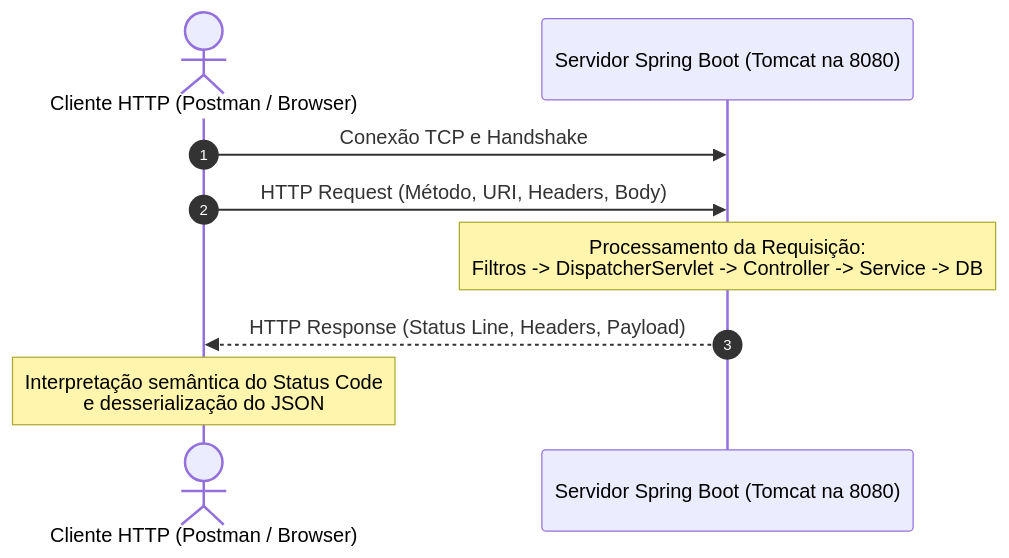
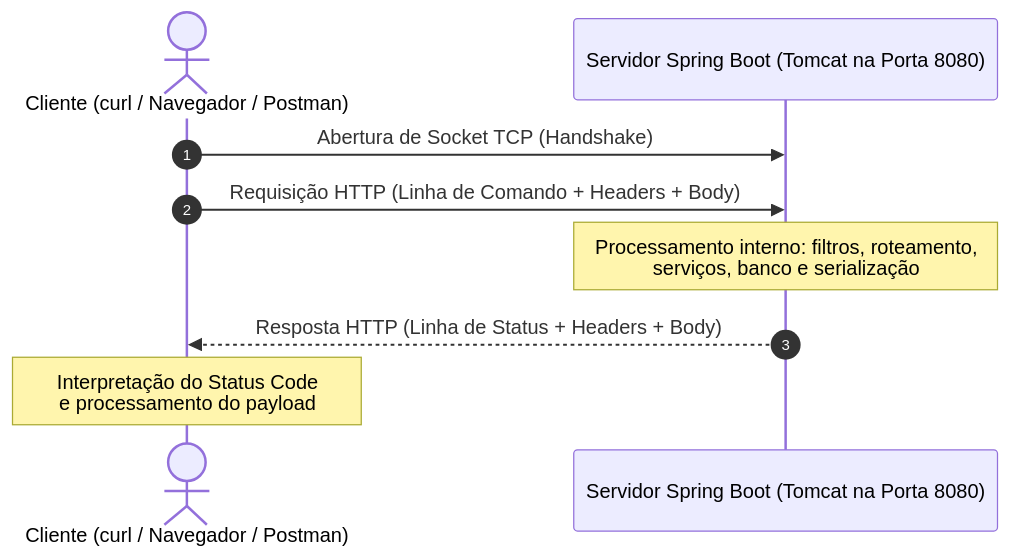
One commit to murilolol/unifef changed the sixth of 20 diagrams in 4º Semestre/[Prof. Jefferson Passerini] Laboratório de Programação IV/Resumos-IA/Caderno-Consolidado.md. Above: the diagram before and after it, drawn with Mermaid. The commit also changed other lines of this file and 40 other files, not shown here.

````diff
--- a/4º Semestre/[Prof. Jefferson Passerini] Laboratório de Programação IV/Resumos-IA/Caderno-Consolidado.md
+++ b/4º Semestre/[Prof. Jefferson Passerini] Laboratório de Programação IV/Resumos-IA/Caderno-Consolidado.md
@@ -158,11 +247,12 @@
 ```mermaid
 sequenceDiagram
-    autonumber
-    actor C as Cliente HTTP (Postman / Browser)
-    participant S as Servidor Spring Boot (Tomcat na 8080)
-    C->>S: Conexão TCP e Handshake
-    C->>S: HTTP Request (Método, URI, Headers, Body)
-    Note over S: Processamento da Requisição:<br/>Filtros -> DispatcherServlet -> Controller -> Service -> DB
-    S-->>C: HTTP Response (Status Line, Headers, Payload)
-    Note over C: Interpretação semântica do Status Code<br/>e desserialização do JSON
+  autonumber
+  actor Cliente as Cliente (curl / Navegador / Postman)
+  participant Servidor as Servidor Spring Boot (Tomcat na Porta 8080)
+  
+  Cliente->>Servidor: Abertura de Socket TCP (Handshake)
+  Cliente->>Servidor: Requisição HTTP (Linha de Comando + Headers + Body)
+  Note over Servidor: Processamento interno: filtros, roteamento,<br/>serviços, banco e serialização
+  Servidor-->>Cliente: Resposta HTTP (Linha de Status + Headers + Body)
+  Note over Cliente: Interpretação do Status Code<br/>e processamento do payload
 ```
````
